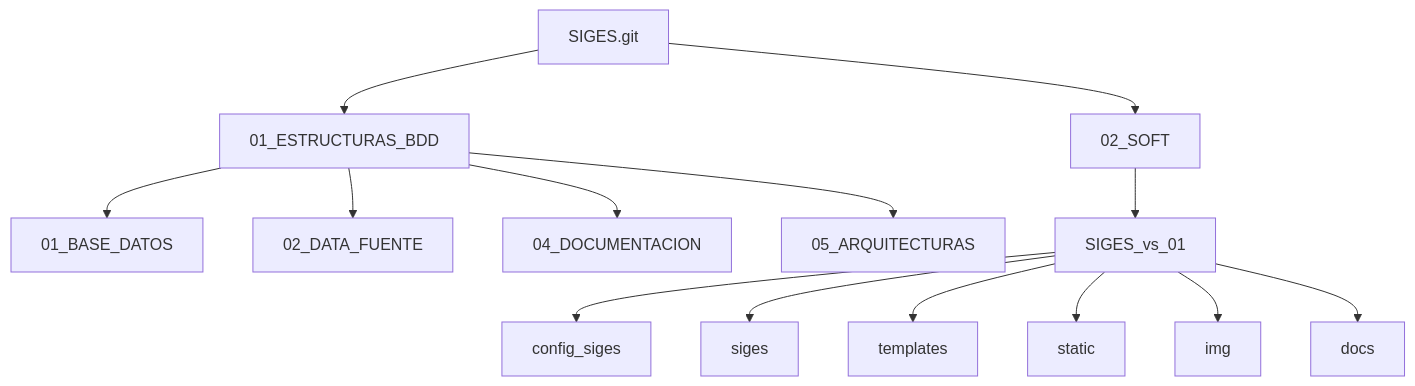
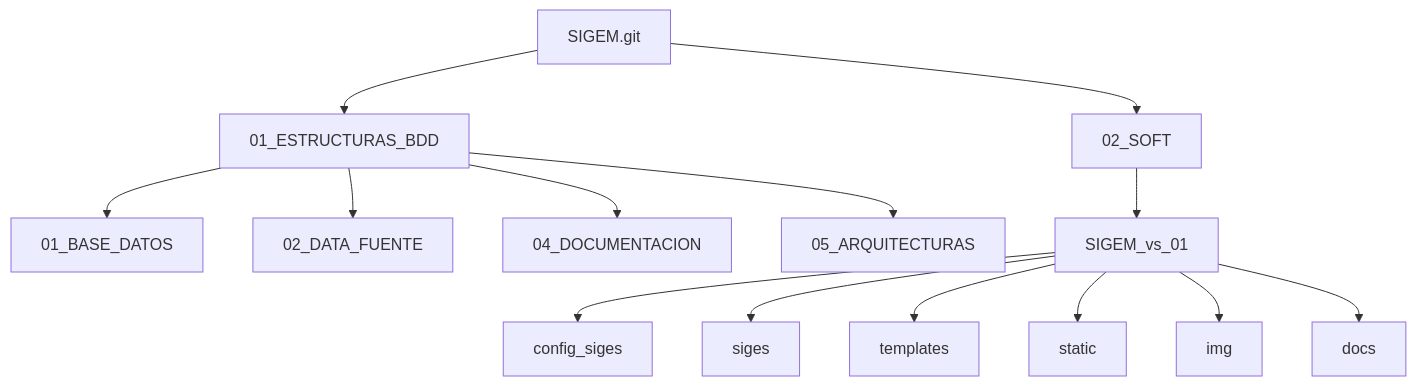
One commit to marcelochavez-ec/SIGEM changed the second of 4 diagrams in README.md. Above: the diagram before and after it, drawn with Mermaid. The commit also changed other lines of this file, not shown here.

````diff
--- a/README.md
+++ b/README.md
@@ -61,16 +61,16 @@
 ```mermaid
 flowchart TB
-    R[SIGES.git] --> E[01_ESTRUCTURAS_BDD]
+    R[SIGEM.git] --> E[01_ESTRUCTURAS_BDD]
     R --> A[02_SOFT]
     E --> B1[01_BASE_DATOS]
     E --> B2[02_DATA_FUENTE]
     E --> B3[04_DOCUMENTACION]
     E --> B4[05_ARQUITECTURAS]
-    A --> D1[SIGES_vs_01]
+    A --> D1[SIGEM_vs_01]
     D1 --> C1[config_siges]
     D1 --> C2[siges]
     D1 --> C3[templates]
     D1 --> C4[static]
     D1 --> C5[img]
     D1 --> C6[docs]
 ```
````
